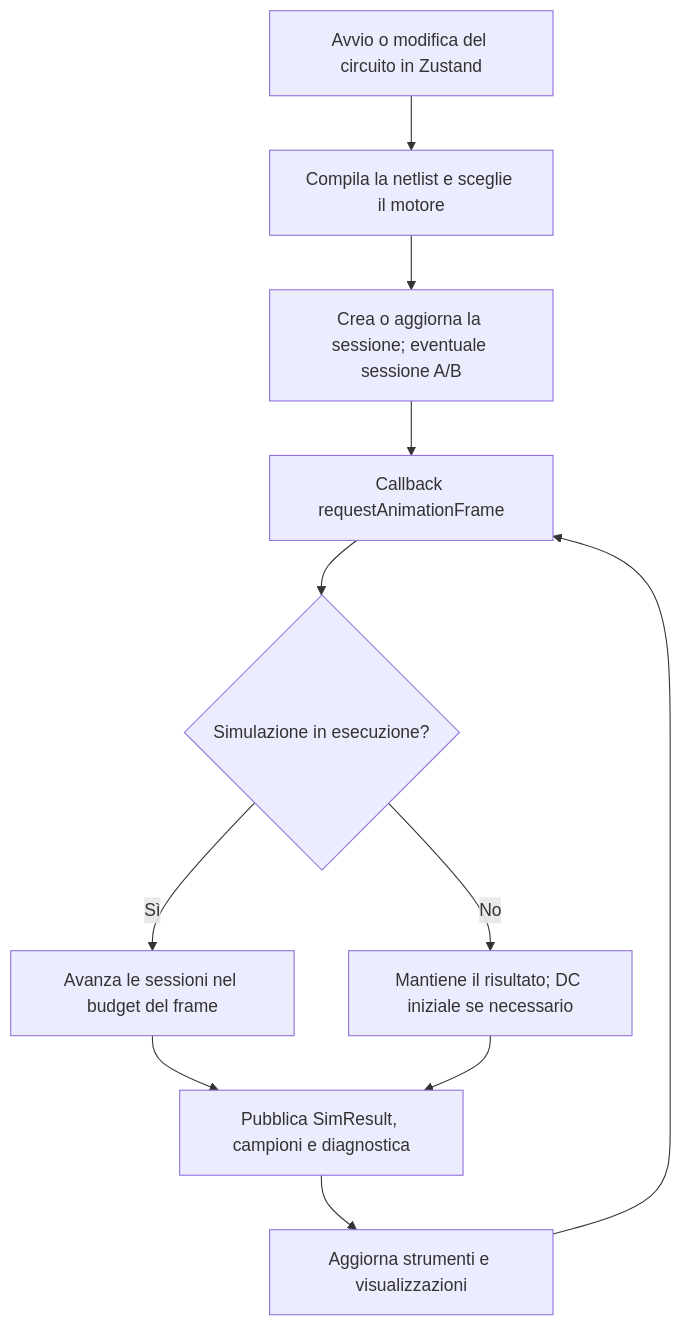
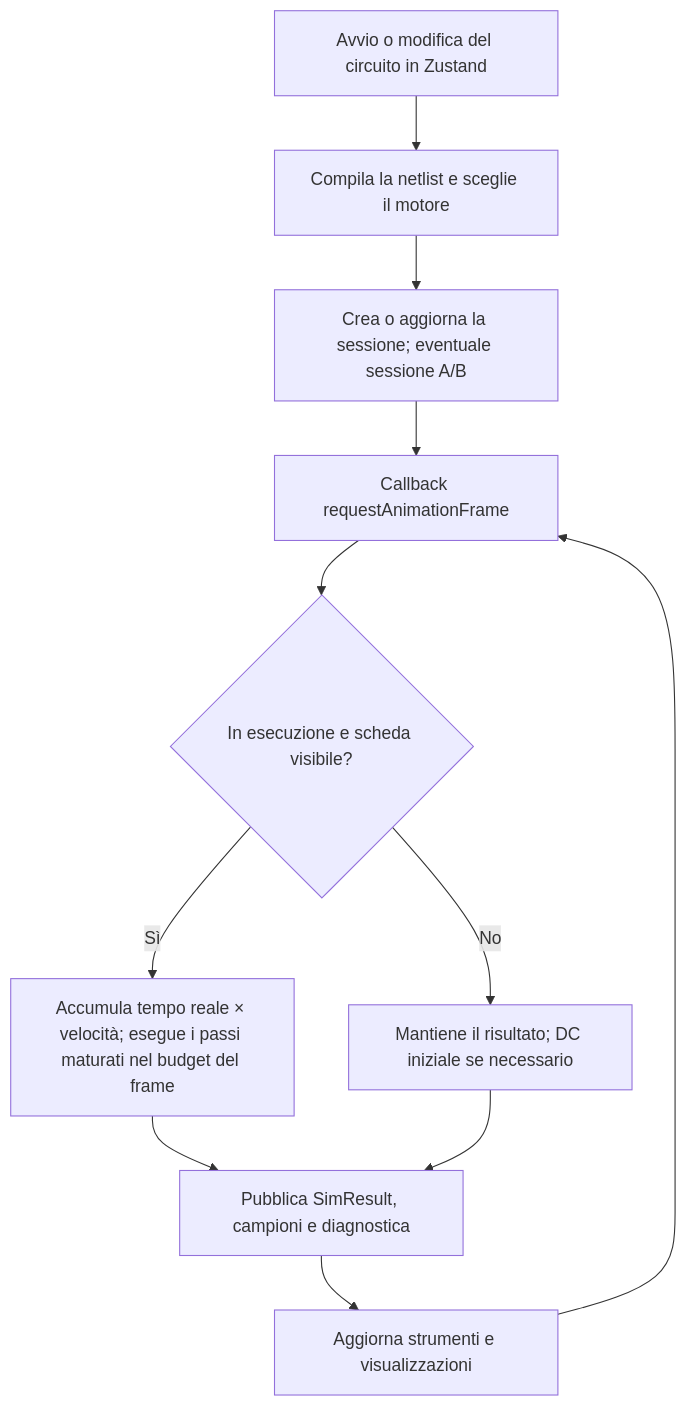
Before and after one commit to calogero93/circuit: the second of 3 diagrams in README.md, drawn with Mermaid. The commit also changed other lines of this file and 144 other files, not shown here.

````diff
--- a/README.md
+++ b/README.md
@@ -121,16 +125,16 @@
 ```mermaid
 flowchart TD
     Edit["Avvio o modifica del circuito in Zustand"]
     Compile["Compila la netlist e sceglie il motore"]
     Session["Crea o aggiorna la sessione; eventuale sessione A/B"]
     Frame["Callback requestAnimationFrame"]
-    Running{"Simulazione in esecuzione?"}
-    Step["Avanza le sessioni nel budget del frame"]
+    Running{"In esecuzione e scheda visibile?"}
+    Step["Accumula tempo reale × velocità; esegue i passi maturati nel budget del frame"]
     Paused["Mantiene il risultato; DC iniziale se necessario"]
     Result["Pubblica SimResult, campioni e diagnostica"]
     Render["Aggiorna strumenti e visualizzazioni"]
     Edit --> Compile --> Session --> Frame --> Running
     Running -->|"Sì"| Step --> Result
     Running -->|"No"| Paused --> Result
     Result --> Render --> Frame
 ```
````
